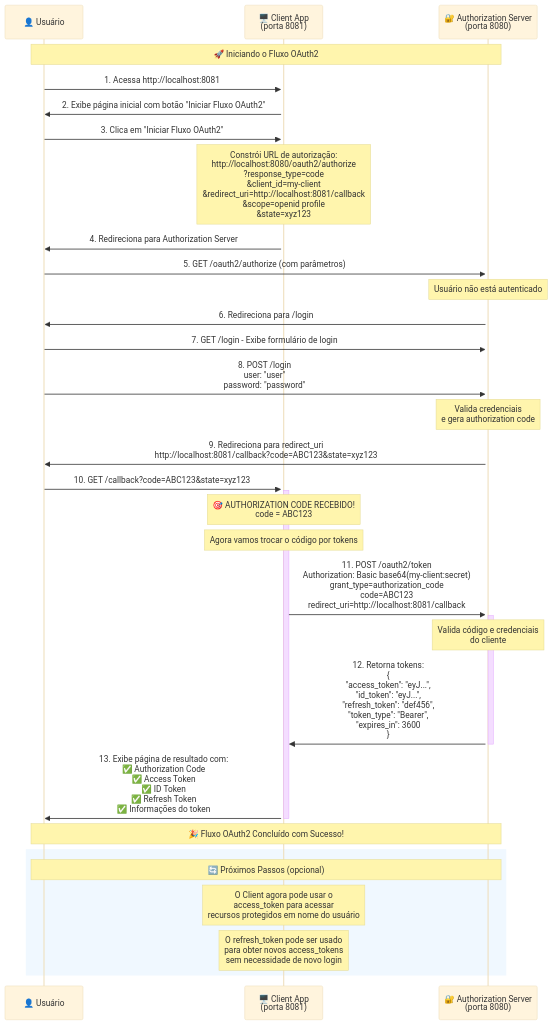
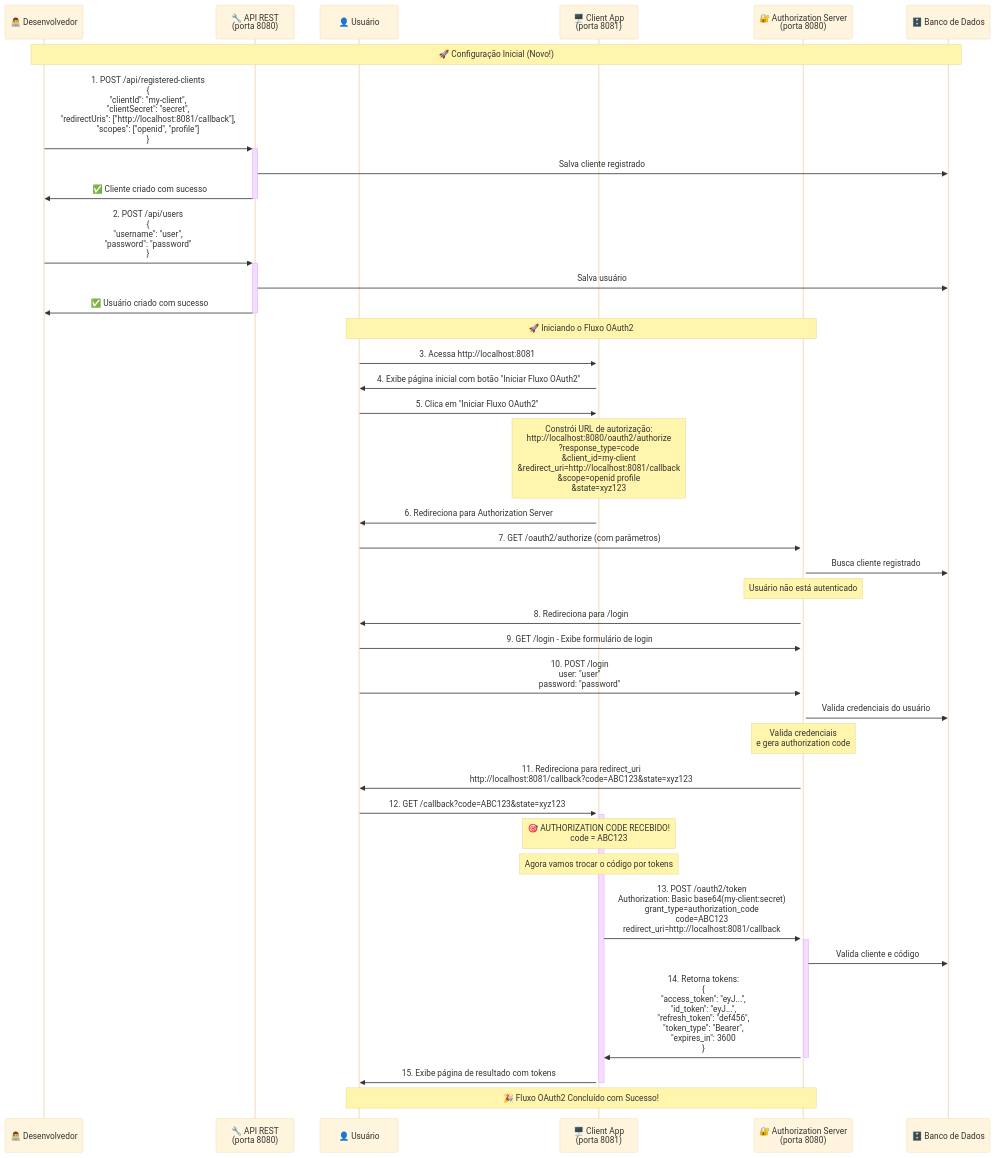
One commit to weslyvinicius/courseSpringSecurity6 changed the diagram in README.md. Above: the diagram before and after it, drawn with Mermaid (base theme). The commit also changed other lines of this file and 20 other files, not shown here.

Commit message:
configurando jpa para clients e users

````diff
--- a/README.md
+++ b/README.md
@@ -23,45 +32,54 @@
 ```mermaid
 sequenceDiagram
+    participant Dev as 👨‍💻 Desenvolvedor
+    participant API as 🔧 API REST<br/>(porta 8080)
     participant User as 👤 Usuário
     participant Client as 🖥️ Client App<br/>(porta 8081)
     participant AuthServer as 🔐 Authorization Server<br/>(porta 8080)
+    participant DB as 🗄️ Banco de Dados
+
+    Note over Dev,DB: 🚀 Configuração Inicial (Novo!)
+
+    Dev->>+API: 1. POST /api/registered-clients<br/>{<br/>"clientId": "my-client",<br/>"clientSecret": "secret",<br/>"redirectUris": ["http://localhost:8081/callback"],<br/>"scopes": ["openid", "profile"]<br/>}
+    API->>DB: Salva cliente registrado
+    API->>-Dev: ✅ Cliente criado com sucesso
+
+    Dev->>+API: 2. POST /api/users<br/>{<br/>"username": "user",<br/>"password": "password"<br/>}
+    API->>DB: Salva usuário
+    API->>-Dev: ✅ Usuário criado com sucesso
 
     Note over User,AuthServer: 🚀 Iniciando o Fluxo OAuth2
 
-    User->>+Client: 1. Acessa http://localhost:8081
-    Client->>User: 2. Exibe página inicial com botão "Iniciar Fluxo OAuth2"
+    User->>+Client: 3. Acessa http://localhost:8081
+    Client->>User: 4. Exibe página inicial com botão "Iniciar Fluxo OAuth2"
     
-    User->>Client: 3. Clica em "Iniciar Fluxo OAuth2"
+    User->>Client: 5. Clica em "Iniciar Fluxo OAuth2"
     Note over Client: Constrói URL de autorização:<br/>http://localhost:8080/oauth2/authorize<br/>?response_type=code<br/>&client_id=my-client<br/>&redirect_uri=http://localhost:8081/callback<br/>&scope=openid profile<br/>&state=xyz123
     
-    Client->>User: 4. Redireciona para Authorization Server
-    User->>+AuthServer: 5. GET /oauth2/authorize (com parâmetros)
+    Client->>User: 6. Redireciona para Authorization Server
+    User->>+AuthServer: 7. GET /oauth2/authorize (com parâmetros)
+    AuthServer->>DB: Busca cliente registrado
     
     Note over AuthServer: Usuário não está autenticado
-    AuthServer->>User: 6. Redireciona para /login
-    User->>AuthServer: 7. GET /login - Exibe formulário de login
+    AuthServer->>User: 8. Redireciona para /login
+    User->>AuthServer: 9. GET /login - Exibe formulário de login
     
-    User->>AuthServer: 8. POST /login<br/>user: "user"<br/>password: "password"
+    User->>AuthServer: 10. POST /login<br/>user: "user"<br/>password: "password"
+    AuthServer->>DB: Valida credenciais do usuário
     Note over AuthServer: Valida credenciais<br/>e gera authorization code
     
-    AuthServer->>User: 9. Redireciona para redirect_uri<br/>http://localhost:8081/callback?code=ABC123&state=xyz123
-    User->>+Client: 10. GET /callback?code=ABC123&state=xyz123
+    AuthServer->>User: 11. Redireciona para redirect_uri<br/>http://localhost:8081/callback?code=ABC123&state=xyz123
+    User->>+Client: 12. GET /callback?code=ABC123&state=xyz123
     
     Note over Client: 🎯 AUTHORIZATION CODE RECEBIDO!<br/>code = ABC123
     
     Note over Client: Agora vamos trocar o código por tokens
-    Client->>+AuthServer: 11. POST /oauth2/token<br/>Authorization: Basic base64(my-client:secret)<br/>grant_type=authorization_code<br/>code=ABC123<br/>redirect_uri=http://localhost:8081/callback
+    Client->>+AuthServer: 13. POST /oauth2/token<br/>Authorization: Basic base64(my-client:secret)<br/>grant_type=authorization_code<br/>code=ABC123<br/>redirect_uri=http://localhost:8081/callback
     
-    Note over AuthServer: Valida código e credenciais<br/>do cliente
-    AuthServer->>-Client: 12. Retorna tokens:<br/>{<br/>"access_token": "eyJ...",<br/>"id_token": "eyJ...",<br/>"refresh_token": "def456",<br/>"token_type": "Bearer",<br/>"expires_in": 3600<br/>}
+    AuthServer->>DB: Valida cliente e código
+    AuthServer->>-Client: 14. Retorna tokens:<br/>{<br/>"access_token": "eyJ...",<br/>"id_token": "eyJ...",<br/>"refresh_token": "def456",<br/>"token_type": "Bearer",<br/>"expires_in": 3600<br/>}
     
-    Client->>-User: 13. Exibe página de resultado com:<br/>✅ Authorization Code<br/>✅ Access Token<br/>✅ ID Token<br/>✅ Refresh Token<br/>✅ Informações do token
+    Client->>-User: 15. Exibe página de resultado com tokens
     
     Note over User,AuthServer: 🎉 Fluxo OAuth2 Concluído com Sucesso!
-    
-    rect rgb(240, 248, 255)
-        Note over User,AuthServer: 🔄 Próximos Passos (opcional)
-        Note over Client: O Client agora pode usar o<br/>access_token para acessar<br/>recursos protegidos em nome do usuário
-        Note over Client: O refresh_token pode ser usado<br/>para obter novos access_tokens<br/>sem necessidade de novo login
-    end
 ```
````
